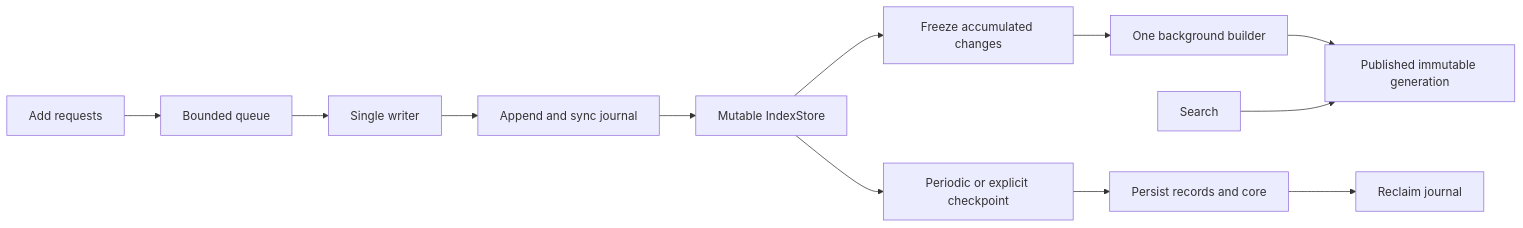
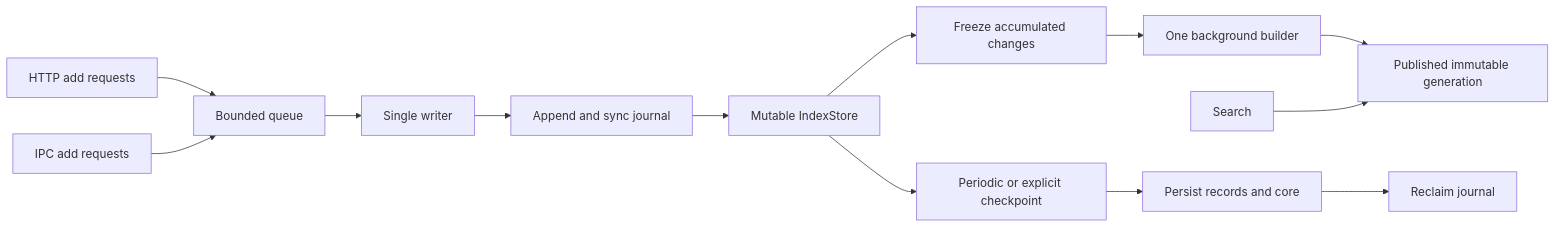
The second of 2 diagrams in docs/index-concurrency.md (RooAGI/Lint-AI), drawn with Mermaid before and after one commit. The commit also changed other lines of this file and 14 other files, not shown here.

Commit message:
Prepare v0.5.0 IPC architecture release docs

````diff
--- a/docs/index-concurrency.md
+++ b/docs/index-concurrency.md
@@ -86,14 +100,15 @@
 ```mermaid
 flowchart LR
-    A[Add requests] --> Q[Bounded queue]
+    Http[HTTP add requests] --> Q[Bounded queue]
+    Ipc[IPC add requests] --> Q
     Q --> W[Single writer]
     W --> J[Append and sync journal]
     J --> M[Mutable IndexStore]
     M --> R[Freeze accumulated changes]
     R --> B[One background builder]
     B --> S[Published immutable generation]
     Search --> S
     M --> C[Periodic or explicit checkpoint]
     C --> D[Persist records and core]
     D --> T[Reclaim journal]
 ```
````
